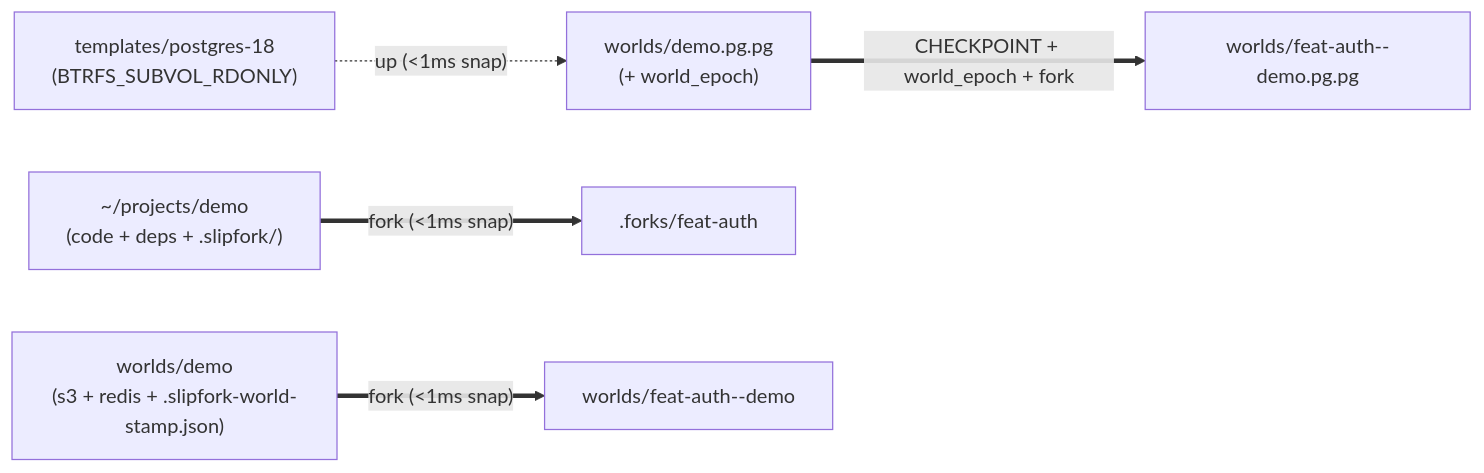
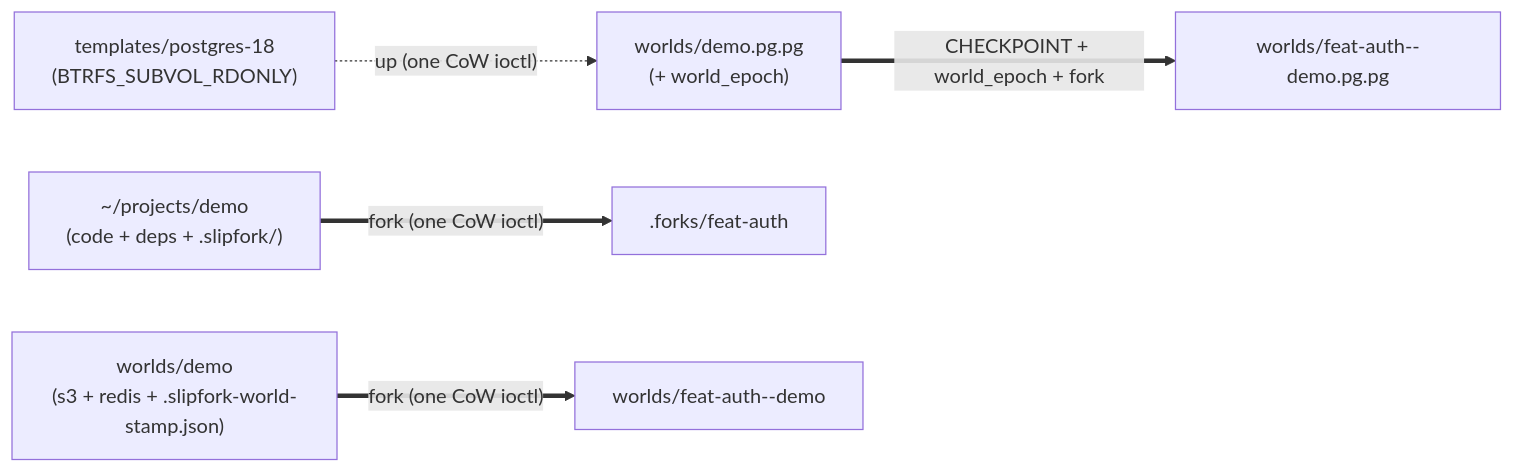
The first of 3 diagrams in specs/03-under-the-hood.md (OffworldNexus/slipfork), drawn with Mermaid before and after one commit. The commit also changed other lines of this file and 14 other files, not shown here.

Commit message:
[M3.45.3] Live demo proof: feat-auth on :80, 817-880ms forks, 16-cell bar & honest snapshot numbers

````diff
--- a/specs/03-under-the-hood.md
+++ b/specs/03-under-the-hood.md
@@ -35,7 +37,7 @@
 ```mermaid
 flowchart LR
-  Tpl["templates/postgres-18\n(BTRFS_SUBVOL_RDONLY)"] -.->|"up (<1ms snap)"| Pg["worlds/demo.pg.pg\n(+ world_epoch)"]
-  Proj["~/projects/demo\n(code + deps + .slipfork/)"] ==>|"fork (<1ms snap)"| FProj[".forks/feat-auth"]
-  World["worlds/demo\n(s3 + redis + .slipfork-world-stamp.json)"] ==>|"fork (<1ms snap)"| FWorld["worlds/feat-auth--demo"]
+  Tpl["templates/postgres-18\n(BTRFS_SUBVOL_RDONLY)"] -.->|"up (one CoW ioctl)"| Pg["worlds/demo.pg.pg\n(+ world_epoch)"]
+  Proj["~/projects/demo\n(code + deps + .slipfork/)"] ==>|"fork (one CoW ioctl)"| FProj[".forks/feat-auth"]
+  World["worlds/demo\n(s3 + redis + .slipfork-world-stamp.json)"] ==>|"fork (one CoW ioctl)"| FWorld["worlds/feat-auth--demo"]
   Pg ==>|"CHECKPOINT + world_epoch + fork"| FPg["worlds/feat-auth--demo.pg.pg"]
 ```
````
